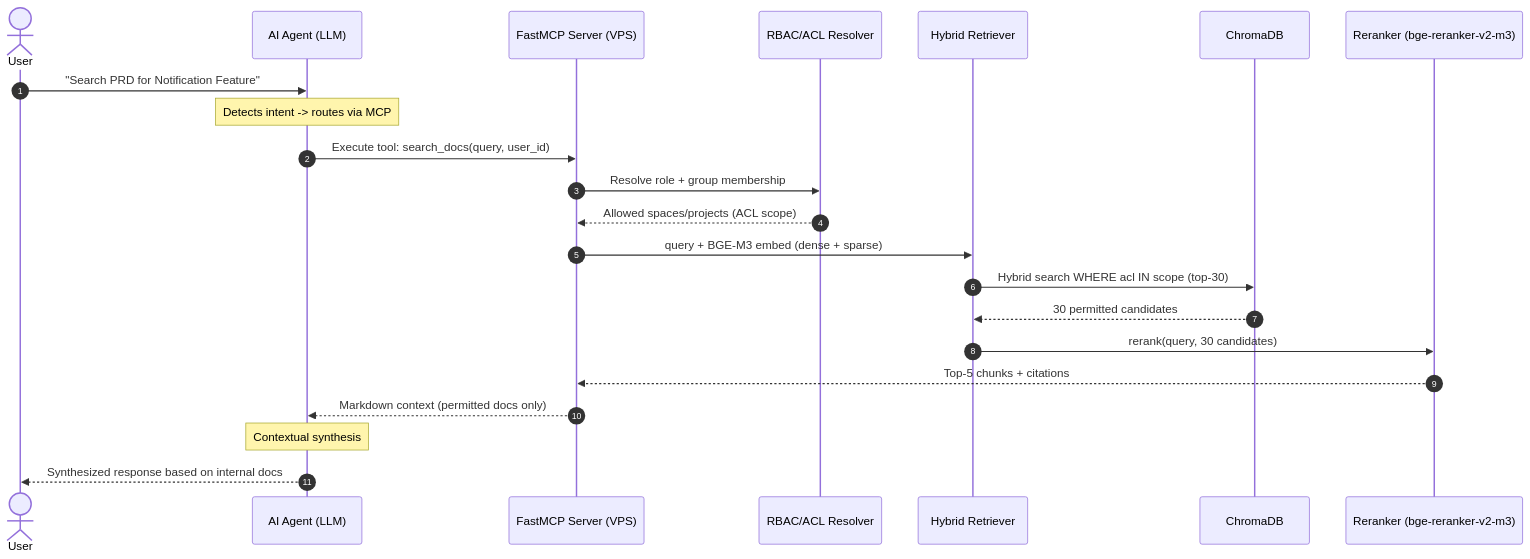
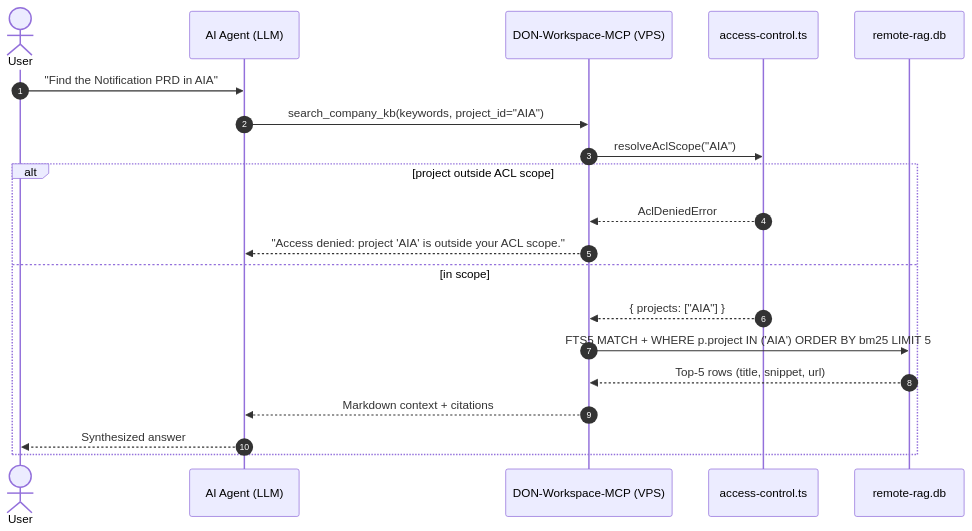
Before and after one commit to cachep-xidau/MCP-server: the fourth of 5 diagrams in README.md, drawn with Mermaid. The commit also changed other lines of this file and 4 other files, not shown here.

````diff
--- a/README.md
+++ b/README.md
@@ -122,25 +113,23 @@
 ```mermaid
 sequenceDiagram
     autonumber
     actor User as User
     participant AI as AI Agent (LLM)
-    participant MCP as FastMCP Server (VPS)
-    participant RBAC as RBAC/ACL Resolver
-    participant Ret as Hybrid Retriever
-    participant DB as ChromaDB
-    participant RR as Reranker (bge-reranker-v2-m3)
+    participant MCP as DON-Workspace-MCP (VPS)
+    participant ACL as access-control.ts
+    participant DB as remote-rag.db
 
-    User->>AI: "Search PRD for Notification Feature"
-    Note over AI: Detects intent -> routes via MCP
-    AI->>MCP: Execute tool: search_docs(query, user_id)
-    MCP->>RBAC: Resolve role + group membership
-    RBAC-->>MCP: Allowed spaces/projects (ACL scope)
-    MCP->>Ret: query + BGE-M3 embed (dense + sparse)
-    Ret->>DB: Hybrid search WHERE acl IN scope (top-30)
-    DB-->>Ret: 30 permitted candidates
-    Ret->>RR: rerank(query, 30 candidates)
-    RR-->>MCP: Top-5 chunks + citations
-    MCP-->>AI: Markdown context (permitted docs only)
-    Note over AI: Contextual synthesis
-    AI-->>User: Synthesized response based on internal docs
+    User->>AI: "Find the Notification PRD in AIA"
+    AI->>MCP: search_company_kb(keywords, project_id="AIA")
+    MCP->>ACL: resolveAclScope("AIA")
+    alt project outside ACL scope
+        ACL-->>MCP: AclDeniedError
+        MCP-->>AI: "Access denied: project 'AIA' is outside your ACL scope."
+    else in scope
+        ACL-->>MCP: { projects: ["AIA"] }
+        MCP->>DB: FTS5 MATCH + WHERE p.project IN ('AIA') ORDER BY bm25 LIMIT 5
+        DB-->>MCP: Top-5 rows (title, snippet, url)
+        MCP-->>AI: Markdown context + citations
+        AI-->>User: Synthesized answer
+    end
 ```
````
